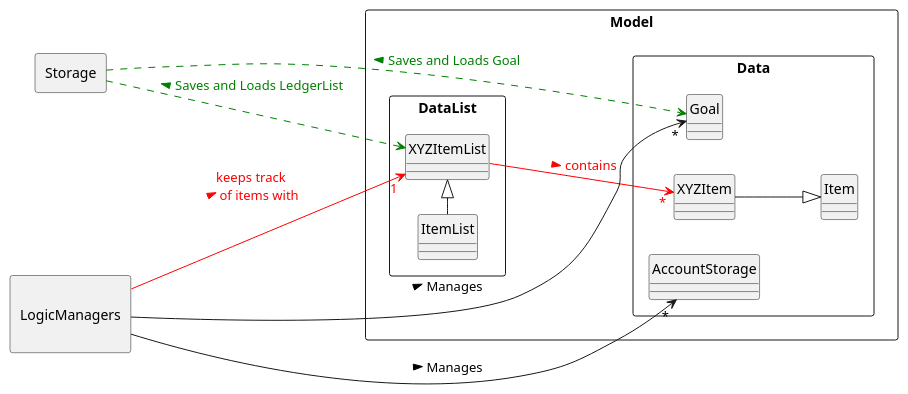
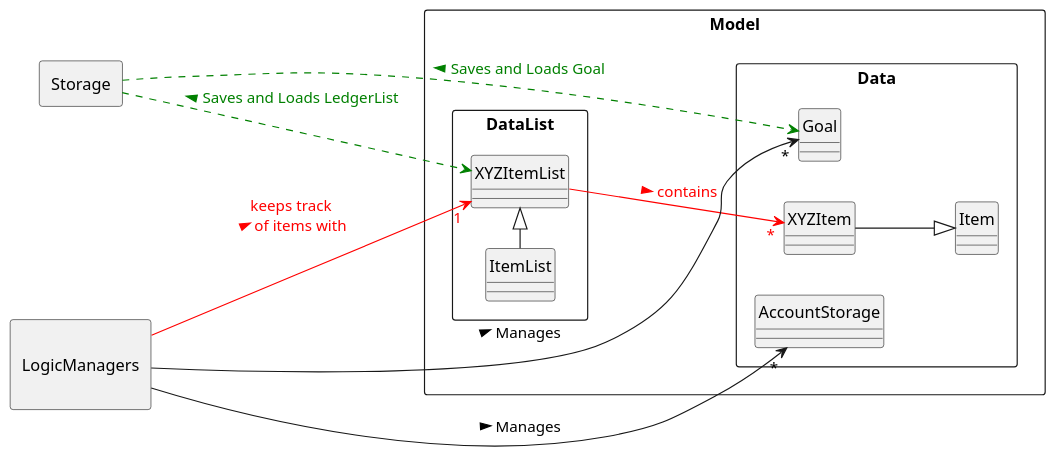
Before and after one commit to nus-cs2113-AY2021S1/tp: the diagram in docs/diagrams/design/Data_arch.puml, drawn with PlantUML. The commit also changed 28 other files, not shown here.

```diff
--- a/docs/diagrams/design/Data_arch.puml
+++ b/docs/diagrams/design/Data_arch.puml
@@ -1,60 +1,61 @@
 @startuml
 hide circle
 skinparam classAttributeIconSize 0
 skinparam BoxPadding 50
 skinparam shadowing false
 left to right direction
+scale 1049 width
 
 
 skinparam package<<Layout>> {
   borderColor Transparent
   backgroundColor Transparent
   fontColor Transparent
   stereotypeFontColor Transparent
 }
 
 rectangle Storage {
 }
 
 rectangle Model {
         rectangle Data {
 
         class Item {
         }
 
         class XYZItem {
         }
 
         class AccountStorage {
         }
 
         class Goal {
         }
     }
     rectangle DataList {
 
         class XYZItemList{
         }
 
         class ItemList{
         }
 
     }
 
 }
 ItemList -|> XYZItemList
 XYZItem --|> Item
 XYZItemList --> "*" XYZItem #line:red;text:red : contains >
 
 rectangle "       \nLogicManagers\n         " {
 }
 
 
 "       \nLogicManagers\n         " --> "1" XYZItemList #line:red;text:red : keeps track \nof items with >
 "       \nLogicManagers\n         " --> "*" AccountStorage : Manages >
 "       \nLogicManagers\n         " --> "*" Goal : Manages >
 
 Storage ..> XYZItemList #line:green;text:green : < Saves and Loads LedgerList
 Storage ..> Goal #line:green;text:green : < Saves and Loads Goal
 
 @enduml
```
